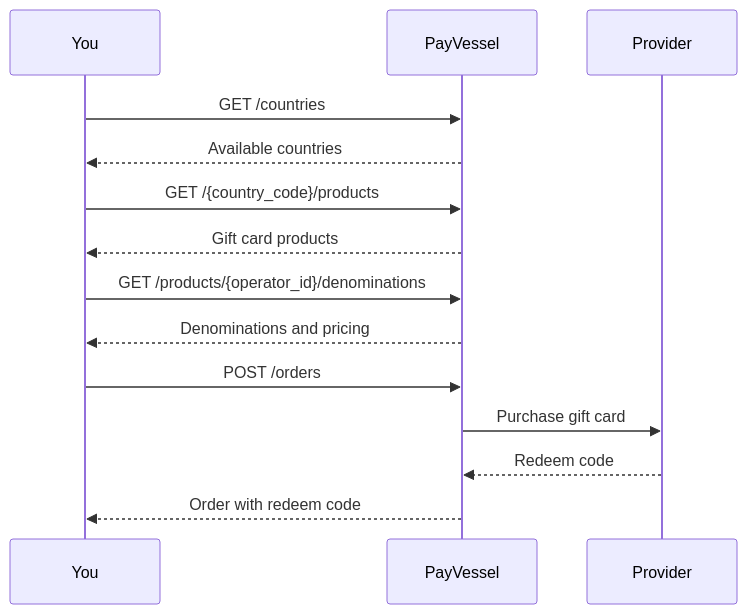
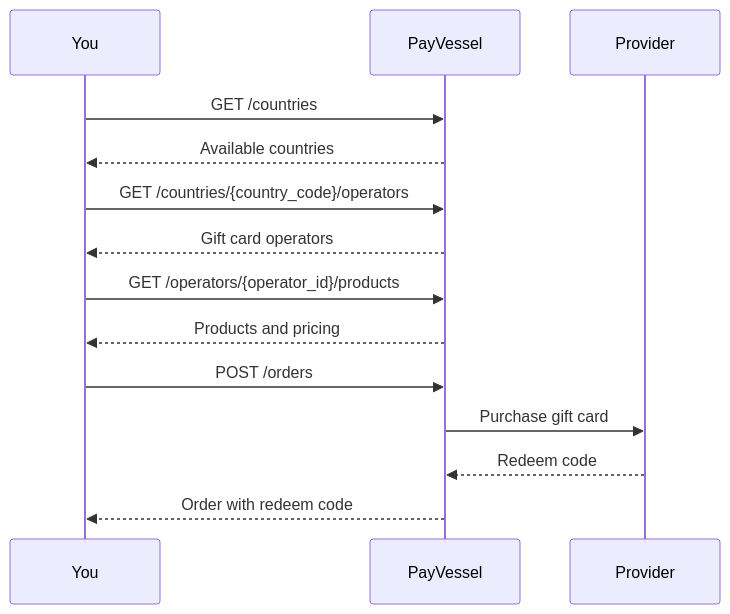
The diagram in gift-cards/overview.mdx (Nex-Panther-Technologies-Ltd/payvessel-docs), drawn with Mermaid before and after one commit. The commit also changed other lines of this file and 12 other files, not shown here.

First line of the commit message:
docs: update gift card docs from live API spec

````diff
--- a/gift-cards/overview.mdx
+++ b/gift-cards/overview.mdx
@@ -25,17 +25,17 @@
 ```mermaid
 sequenceDiagram
     participant You
     participant PayVessel
     participant Provider
 
     You->>PayVessel: GET /countries
     PayVessel-->>You: Available countries
-    You->>PayVessel: GET /{country_code}/products
-    PayVessel-->>You: Gift card products
-    You->>PayVessel: GET /products/{operator_id}/denominations
-    PayVessel-->>You: Denominations and pricing
+    You->>PayVessel: GET /countries/{country_code}/operators
+    PayVessel-->>You: Gift card operators
+    You->>PayVessel: GET /operators/{operator_id}/products
+    PayVessel-->>You: Products and pricing
     You->>PayVessel: POST /orders
     PayVessel->>Provider: Purchase gift card
     Provider-->>PayVessel: Redeem code
     PayVessel-->>You: Order with redeem code
 ```
````
